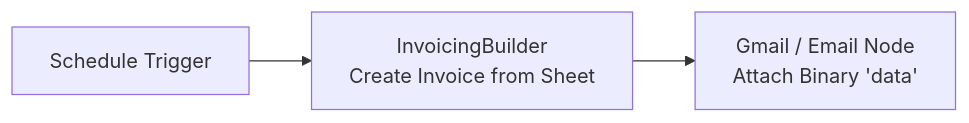
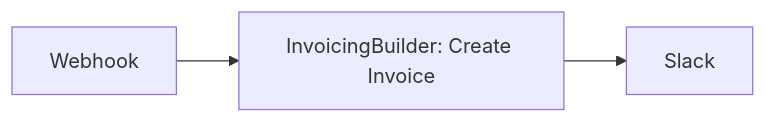
Before and after one commit to InvoicingBuilder/n8n-nodes-invoicingbuilder: the first of 4 diagrams in README.md, drawn with Mermaid. The commit also changed other lines of this file and 1 other file, not shown here.

````diff
--- a/README.md
+++ b/README.md
@@ -357,5 +293,5 @@
 ```mermaid
 graph LR
-    Trigger[Schedule Trigger] --> Sheets[InvoicingBuilder<br>Create Invoice from Sheet]
-    Sheets --> Gmail[Gmail / Email Node<br>Attach Binary 'data']
+    A[Webhook] --> B[InvoicingBuilder: Create Invoice]
+    B --> C[Slack]
 ```
````
